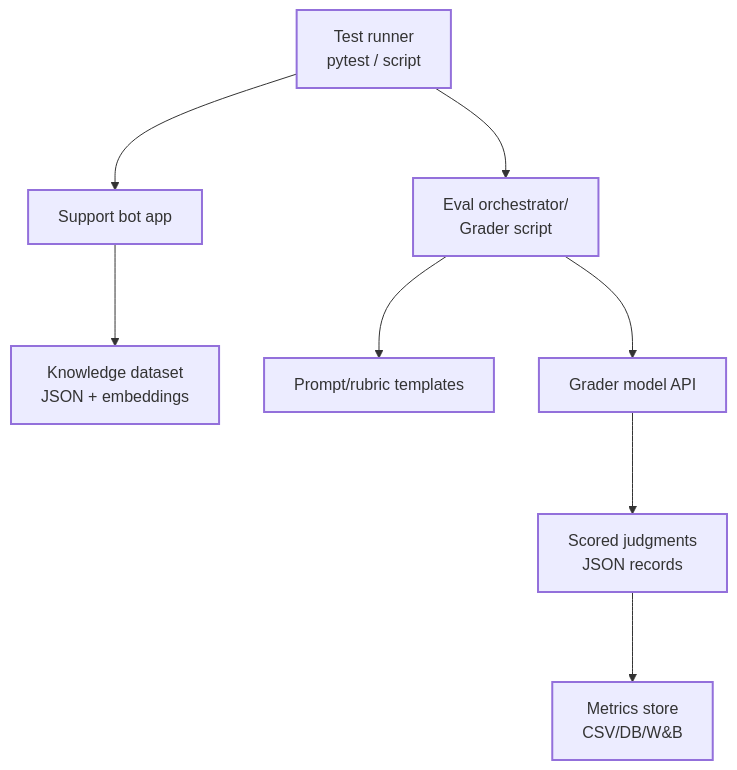
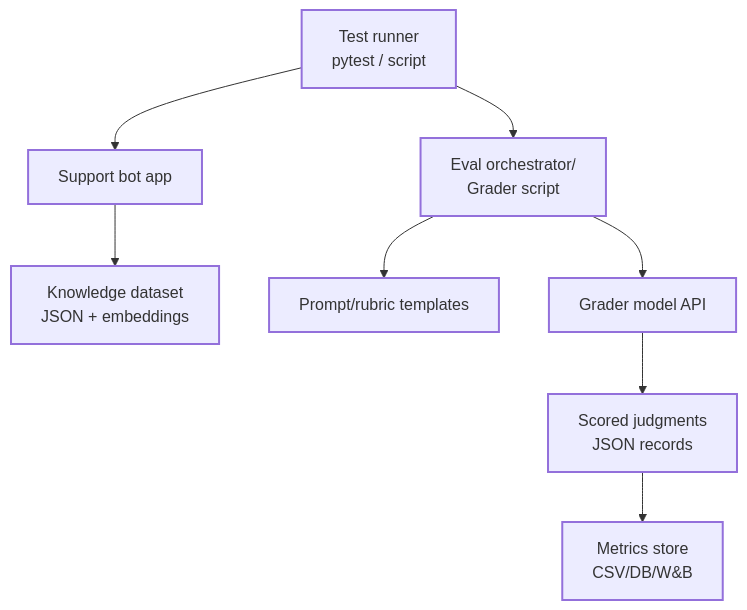
The second of 2 diagrams in docs/support-bot/2026-03-03-LLM-grader.md (petria-tieto/testing-with-ai-blog), drawn with Mermaid before and after one commit.

Commit message:
diagram tags

````diff
--- a/docs/support-bot/2026-03-03-LLM-grader.md
+++ b/docs/support-bot/2026-03-03-LLM-grader.md
@@ -61,14 +61,13 @@
-```mermaid
-%%{init: {"flowchart": {"nodeSpacing": 45, "rankSpacing": 90}}}%%
+<div class="mermaid">
 flowchart TB
 	I[Test runner<br/>pytest / script] --> J[Support bot app]
 	J --> K[Knowledge dataset<br/>JSON + embeddings]
 	I --> L[Eval orchestrator/<br/>Grader script]
 	L --> M[Prompt/rubric templates]
 	L --> N[Grader model API]
 	N --> O[Scored judgments<br/>JSON records]
 	O --> P[Metrics store<br/>CSV/DB/W&B]
 
 	classDef readable font-size:16px,stroke-width:2px;
 	class I,J,K,L,M,N,O,P readable;
-```
+</div>
````
